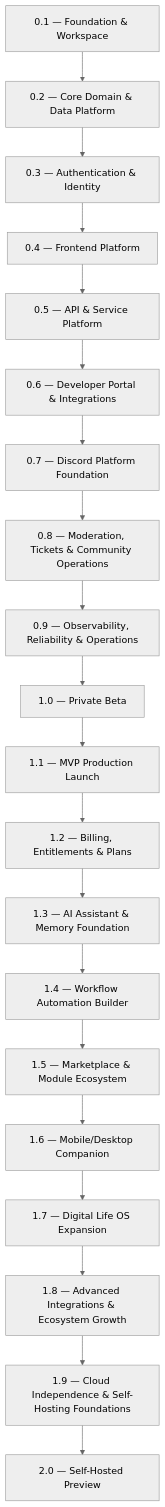
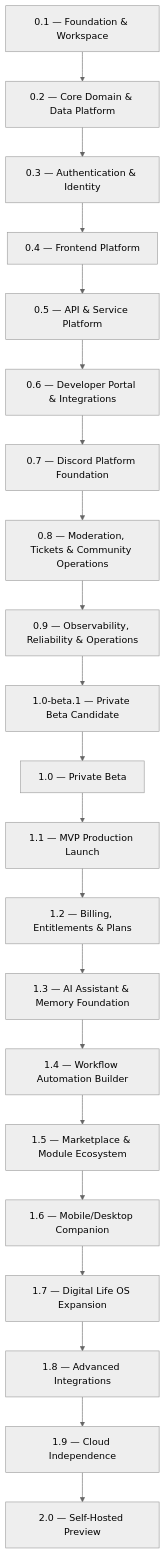
Before and after one commit to SinLess-Games/Aerealith: the first of 2 diagrams in docs/vision/Roadmap.md, drawn with Mermaid (neutral theme). The commit also changed other lines of this file and 1352 other files, not shown here.

````diff
--- a/docs/vision/Roadmap.md
+++ b/docs/vision/Roadmap.md
@@ -60,27 +228,30 @@
 ```mermaid
 flowchart TD
     R01["0.1 — Foundation & Workspace"]
     R02["0.2 — Core Domain & Data Platform"]
     R03["0.3 — Authentication & Identity"]
     R04["0.4 — Frontend Platform"]
     R05["0.5 — API & Service Platform"]
     R06["0.6 — Developer Portal & Integrations"]
     R07["0.7 — Discord Platform Foundation"]
     R08["0.8 — Moderation, Tickets & Community Operations"]
     R09["0.9 — Observability, Reliability & Operations"]
-    R10["1.0 — Private Beta"]
-    R11["1.1 — MVP Production Launch"]
+    R10["1.0-beta.1 — Private Beta Candidate"]
+    R11["1.0 — Private Beta"]
+    R12["1.1 — MVP Production Launch"]
+    R13["1.2 — Billing, Entitlements & Plans"]
+    R14["1.3 — AI Assistant & Memory Foundation"]
+    R15["1.4 — Workflow Automation Builder"]
+    R16["1.5 — Marketplace & Module Ecosystem"]
+    R17["1.6 — Mobile/Desktop Companion"]
+    R18["1.7 — Digital Life OS Expansion"]
+    R19["1.8 — Advanced Integrations"]
+    R20["1.9 — Cloud Independence"]
+    R21["2.0 — Self-Hosted Preview"]
 
-    R12["1.2 — Billing, Entitlements & Plans"]
-    R13["1.3 — AI Assistant & Memory Foundation"]
-    R14["1.4 — Workflow Automation Builder"]
-    R15["1.5 — Marketplace & Module Ecosystem"]
-    R16["1.6 — Mobile/Desktop Companion"]
-    R17["1.7 — Digital Life OS Expansion"]
-    R18["1.8 — Advanced Integrations & Ecosystem Growth"]
-    R19["1.9 — Cloud Independence & Self-Hosting Foundations"]
-    R20["2.0 — Self-Hosted Preview"]
-
-    R01 --> R02 --> R03 --> R04 --> R05 --> R06 --> R07 --> R08 --> R09 --> R10 --> R11
-    R11 --> R12 --> R13 --> R14 --> R15 --> R16 --> R17 --> R18 --> R19 --> R20
+    R01 --> R02 --> R03 --> R04 --> R05
+    R05 --> R06 --> R07 --> R08 --> R09
+    R09 --> R10 --> R11 --> R12
+    R12 --> R13 --> R14 --> R15 --> R16
+    R16 --> R17 --> R18 --> R19 --> R20 --> R21
 ```
````
